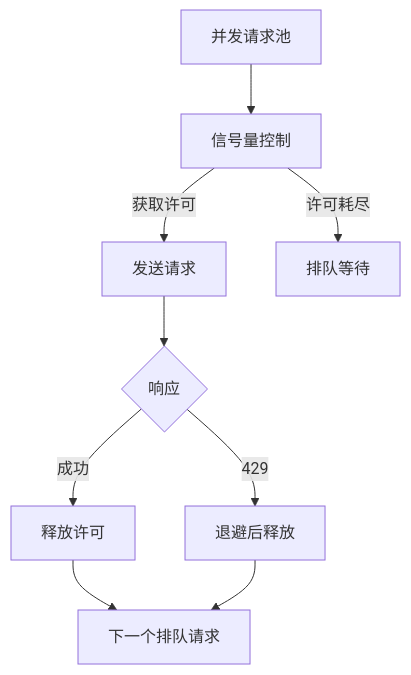
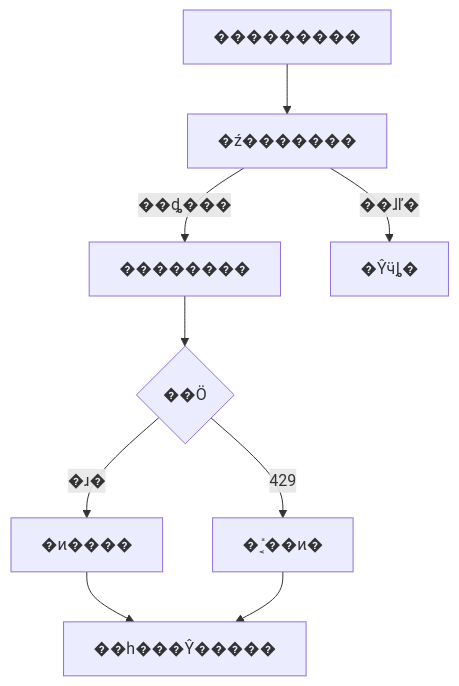
One commit to TimeHunter618/hugo-maid-dev changed the fourth of 6 diagrams in content/post/ai-interview/429速率限制怎么解决.zh-CN.md. Above: the diagram before and after it, drawn with Mermaid. The commit also changed other lines of this file and 70 other files, not shown here.

````diff
--- a/content/post/ai-interview/429速率限制怎么解决.zh-CN.md
+++ b/content/post/ai-interview/429速率限制怎么解决.zh-CN.md
@@ -296,11 +296,11 @@
 ```mermaid
 graph TD
-    A[并发请求池] --> B[信号量控制]
-    B -->|获取许可| C[发送请求]
-    B -->|许可耗尽| D[排队等待]
-    C --> E{响应}
-    E -->|成功| F[释放许可]
-    E -->|429| G[退避后释放]
-    F --> H[下一个排队请求]
+    A[���������] --> B[�ź�������]
+    B -->|��ȡ���| C[��������]
+    B -->|��ɺľ�| D[�Ŷӵȴ�]
+    C --> E{��Ӧ}
+    E -->|�ɹ�| F[�ͷ����]
+    E -->|429| G[�˱ܺ��ͷ�]
+    F --> H[��һ���Ŷ�����]
     G --> H
 ```
````
